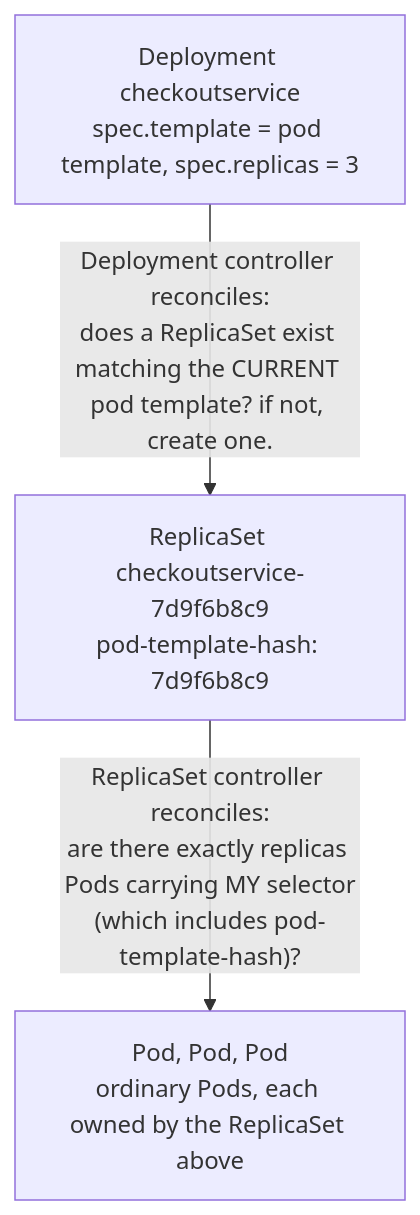
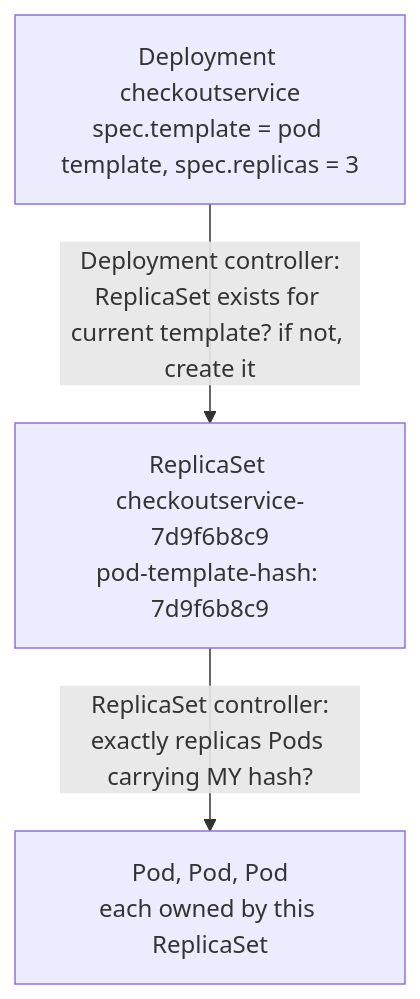
The first of 3 diagrams in _posts/2025-08-05-deployments-replicasets-and-the-rollout.md (mayurjp/dev-blog), drawn with Mermaid before and after one commit. The commit also changed other lines of this file and 27 other files, not shown here.

````diff
--- a/_posts/2025-08-05-deployments-replicasets-and-the-rollout.md
+++ b/_posts/2025-08-05-deployments-replicasets-and-the-rollout.md
@@ -32,7 +42,7 @@
 ```mermaid
 flowchart TD
     D["Deployment checkoutservice<br/>spec.template = pod template, spec.replicas = 3"]
-    D -- "Deployment controller reconciles:<br/>does a ReplicaSet exist matching the CURRENT pod template? if not, create one." --> RS
+    D -- "Deployment controller:<br/>ReplicaSet exists for current template? if not, create it" --> RS
     RS["ReplicaSet checkoutservice-7d9f6b8c9<br/>pod-template-hash: 7d9f6b8c9"]
-    RS -- "ReplicaSet controller reconciles:<br/>are there exactly replicas Pods carrying MY selector<br/>(which includes pod-template-hash)?" --> Pods["Pod, Pod, Pod<br/>ordinary Pods, each owned by the ReplicaSet above"]
+    RS -- "ReplicaSet controller:<br/>exactly replicas Pods carrying MY hash?" --> Pods["Pod, Pod, Pod<br/>each owned by this ReplicaSet"]
 ```
````
